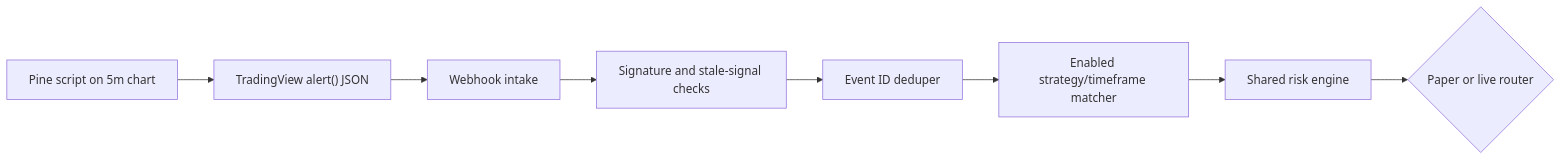
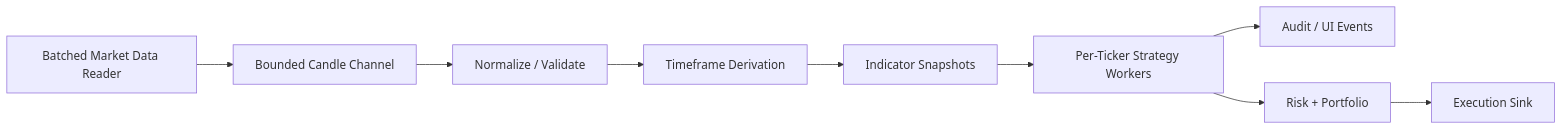
One commit to manishgh/trading_flow changed the second of 2 diagrams in docs/architecture.md. Above: the diagram before and after it, drawn with Mermaid. The commit also changed other lines of this file and 165 other files, not shown here.

````diff
--- a/docs/architecture.md
+++ b/docs/architecture.md
@@ -182,10 +127,11 @@
 ```mermaid
 flowchart LR
-    P["Pine script on 5m chart"] --> A["TradingView alert() JSON"]
-    A --> W["Webhook intake"]
-    W --> S["Signature and stale-signal checks"]
-    S --> D["Event ID deduper"]
-    D --> M["Enabled strategy/timeframe matcher"]
-    M --> R["Shared risk engine"]
-    R --> O{"Paper or live router"}
+    R["Batched Market Data Reader"] --> B["Bounded Candle Channel"]
+    B --> N["Normalize / Validate"]
+    N --> T["Timeframe Derivation"]
+    T --> I["Indicator Snapshots"]
+    I --> S["Per-Ticker Strategy Workers"]
+    S --> A["Audit / UI Events"]
+    S --> Risk["Risk + Portfolio"]
+    Risk --> X["Execution Sink"]
 ```
````
